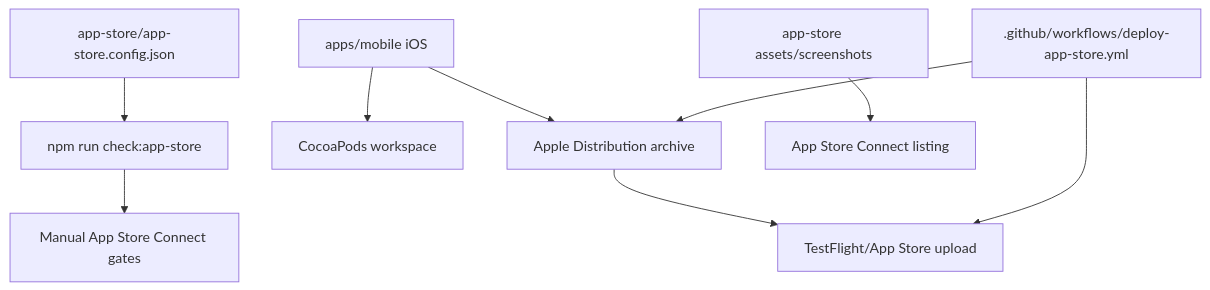
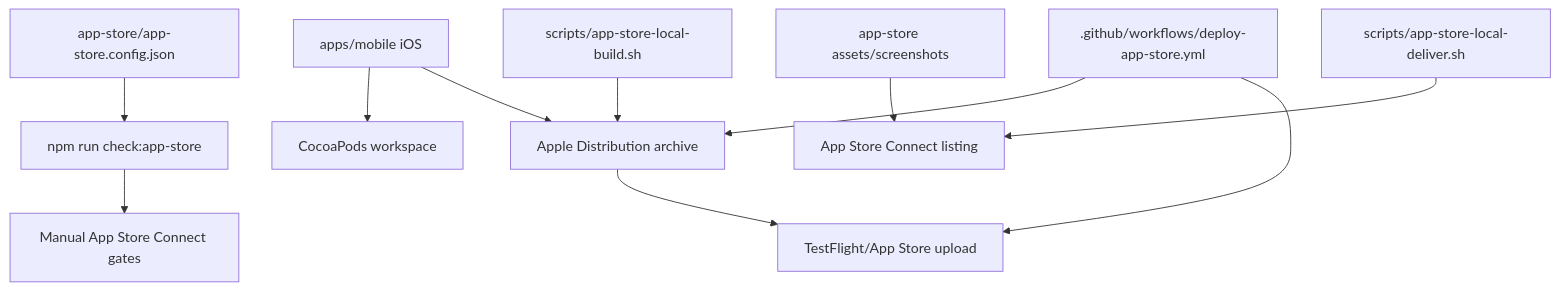
One commit to seorilabs/crossword-puzzle changed the diagram in docs/app-store-registration.md. Above: the diagram before and after it, drawn with Mermaid. The commit also changed other lines of this file and 10 other files, not shown here.

Commit message:
App Store 로컬 릴리스 체계 추가

````diff
--- a/docs/app-store-registration.md
+++ b/docs/app-store-registration.md
@@ -17,11 +17,13 @@
 ```mermaid
 flowchart TD
   Config["app-store/app-store.config.json"] --> Checker["npm run check:app-store"]
   Mobile["apps/mobile iOS"] --> Pods["CocoaPods workspace"]
   Mobile --> Archive["Apple Distribution archive"]
   Assets["app-store assets/screenshots"] --> Listing["App Store Connect listing"]
   Checker --> Console["Manual App Store Connect gates"]
   Archive --> Upload["TestFlight/App Store upload"]
   Workflow[".github/workflows/deploy-app-store.yml"] --> Archive
   Workflow --> Upload
+  LocalBuild["scripts/app-store-local-build.sh"] --> Archive
+  LocalDeliver["scripts/app-store-local-deliver.sh"] --> Listing
 ```
````
